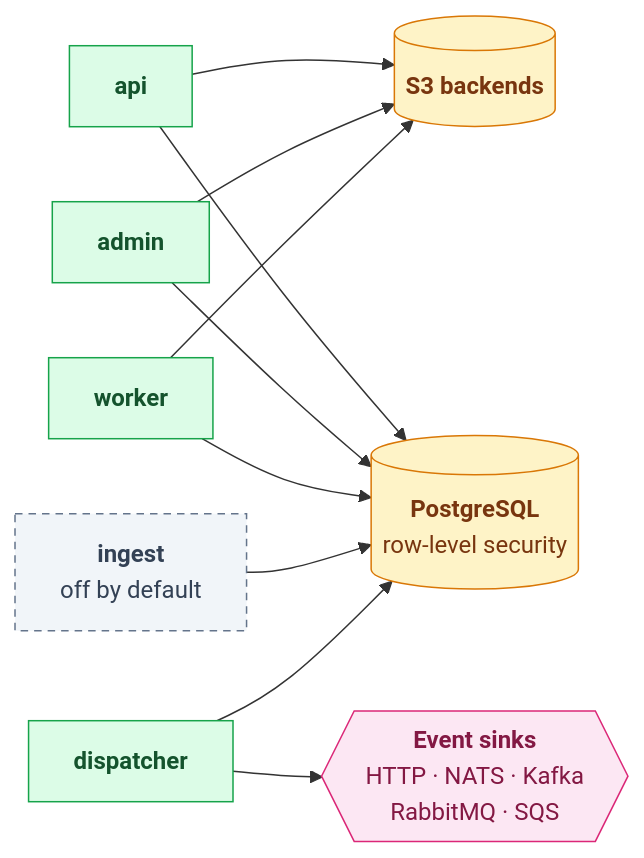
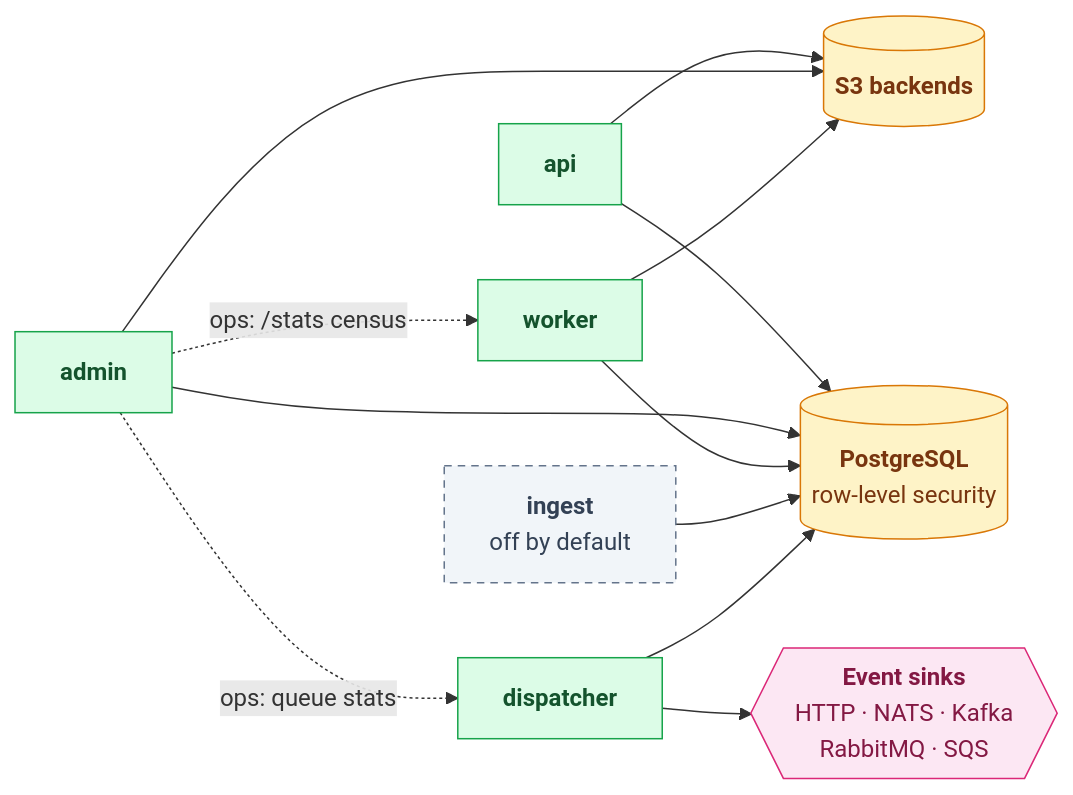
One commit to oleg-tkachuk/paladin changed the second of 3 diagrams in ARCHITECTURE.md. Above: the diagram before and after it, drawn with Mermaid. The commit also changed other lines of this file and 3 other files, not shown here.

First line of the commit message:
docs(architecture): bring the overview and diagrams in line with the code

````diff
--- a/ARCHITECTURE.md
+++ b/ARCHITECTURE.md
@@ -66,33 +69,35 @@
 ```mermaid
 flowchart LR
     api["<b>api</b>"]
     admin["<b>admin</b>"]
     worker["<b>worker</b>"]
     ingest["<b>ingest</b><br/>off by default"]
     dispatcher["<b>dispatcher</b>"]
 
     s3[("<b>S3 backends</b>")]
     pg[("<b>PostgreSQL</b><br/>row-level security")]
     sinks{{"<b>Event sinks</b><br/>HTTP · NATS · Kafka<br/>RabbitMQ · SQS"}}
 
     api --> s3
     admin --> s3
     worker --> s3
     api --> pg
     admin --> pg
     worker --> pg
     ingest --> pg
     dispatcher --> pg
     dispatcher --> sinks
+    admin -. "ops: /stats census" .-> worker
+    admin -. "ops: queue stats" .-> dispatcher
 
     classDef client fill:#E0F2FE,stroke:#0284C7,color:#0C4A6E
     classDef ui fill:#EDE9FE,stroke:#7C3AED,color:#3B0764
     classDef role fill:#DCFCE7,stroke:#16A34A,color:#14532D
     classDef optional fill:#F1F5F9,stroke:#64748B,color:#334155,stroke-dasharray:5 4
     classDef store fill:#FEF3C7,stroke:#D97706,color:#78350F
     classDef external fill:#FCE7F3,stroke:#DB2777,color:#831843
     class api,admin,worker,dispatcher role
     class ingest optional
     class pg,s3 store
     class sinks external
 ```
````
